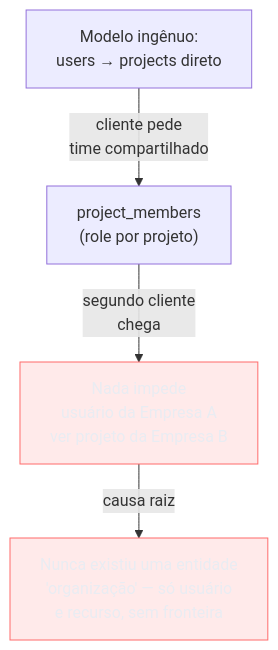
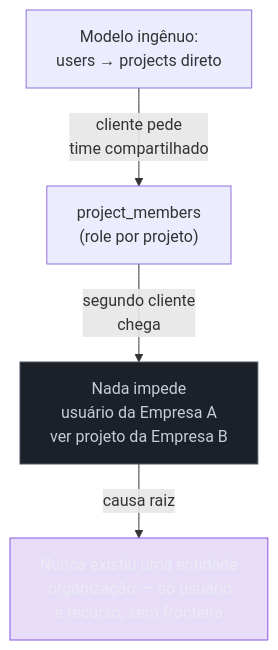
Before and after one commit to josenaldo/codex-technomanticus: the first of 6 diagrams in 03-Dominios/Engenharia/Auth e Identidade/3 - Autorização e multi-tenancy/03 - Multi-tenancy e organizações.md, drawn with Mermaid. The commit also changed 601 other files, not shown here.

````diff
--- a/03-Dominios/Engenharia/Auth e Identidade/3 - Autorização e multi-tenancy/03 - Multi-tenancy e organizações.md
+++ b/03-Dominios/Engenharia/Auth e Identidade/3 - Autorização e multi-tenancy/03 - Multi-tenancy e organizações.md
@@ -37,10 +37,11 @@
 ```mermaid
 graph TD
-    classDef falha fill:#FF6B6B24,stroke:#FF6B6B,color:#E9ECF2
+    classDef marca fill:#8855DF33,stroke:#8855DF,color:#E9ECF2
+    classDef neutro fill:#1B2029,stroke:#4E5666,color:#C6CCD8
     A["Modelo ingênuo:<br/>users → projects direto"] -->|"cliente pede<br/>time compartilhado"| B["project_members<br/>(role por projeto)"]
     B -->|"segundo cliente<br/>chega"| C["Nada impede<br/>usuário da Empresa A<br/>ver projeto da Empresa B"]
     C -->|"causa raiz"| D["Nunca existiu uma entidade<br/>'organização' — só usuário<br/>e recurso, sem fronteira"]
 
-    class C falha
-    class D falha
+    class C neutro
+    class D marca
 ```
````
